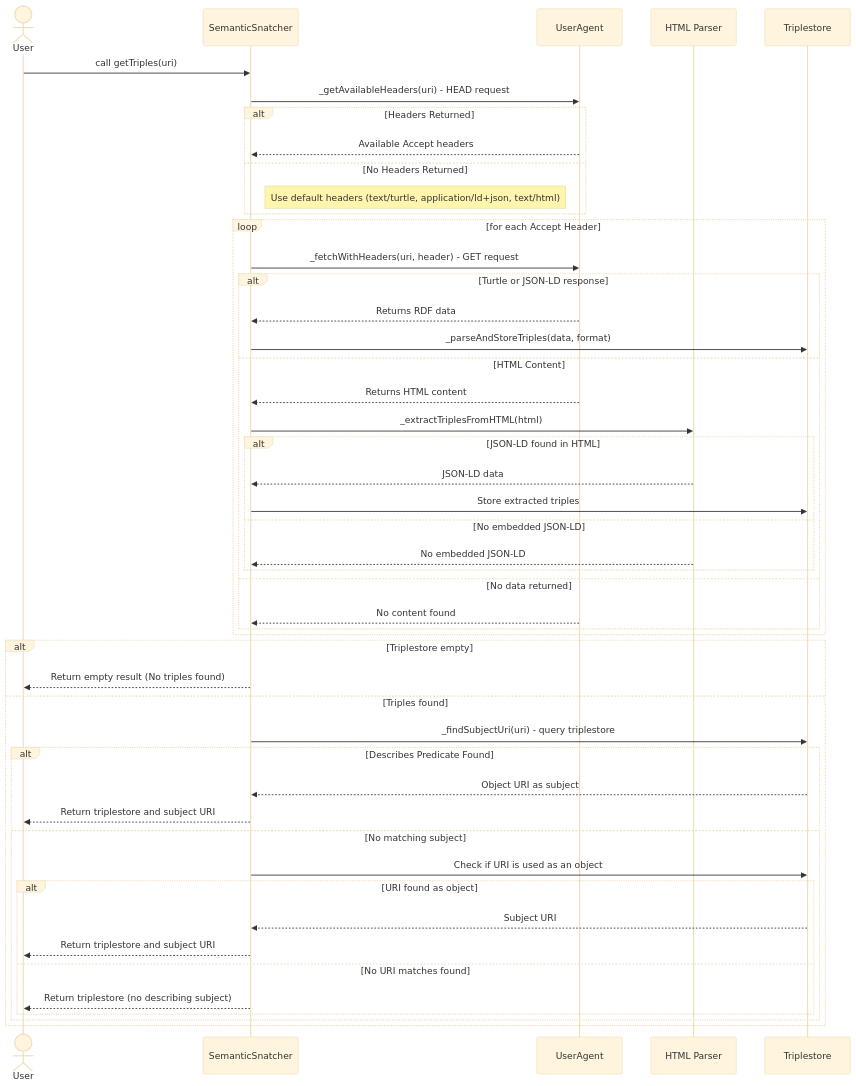
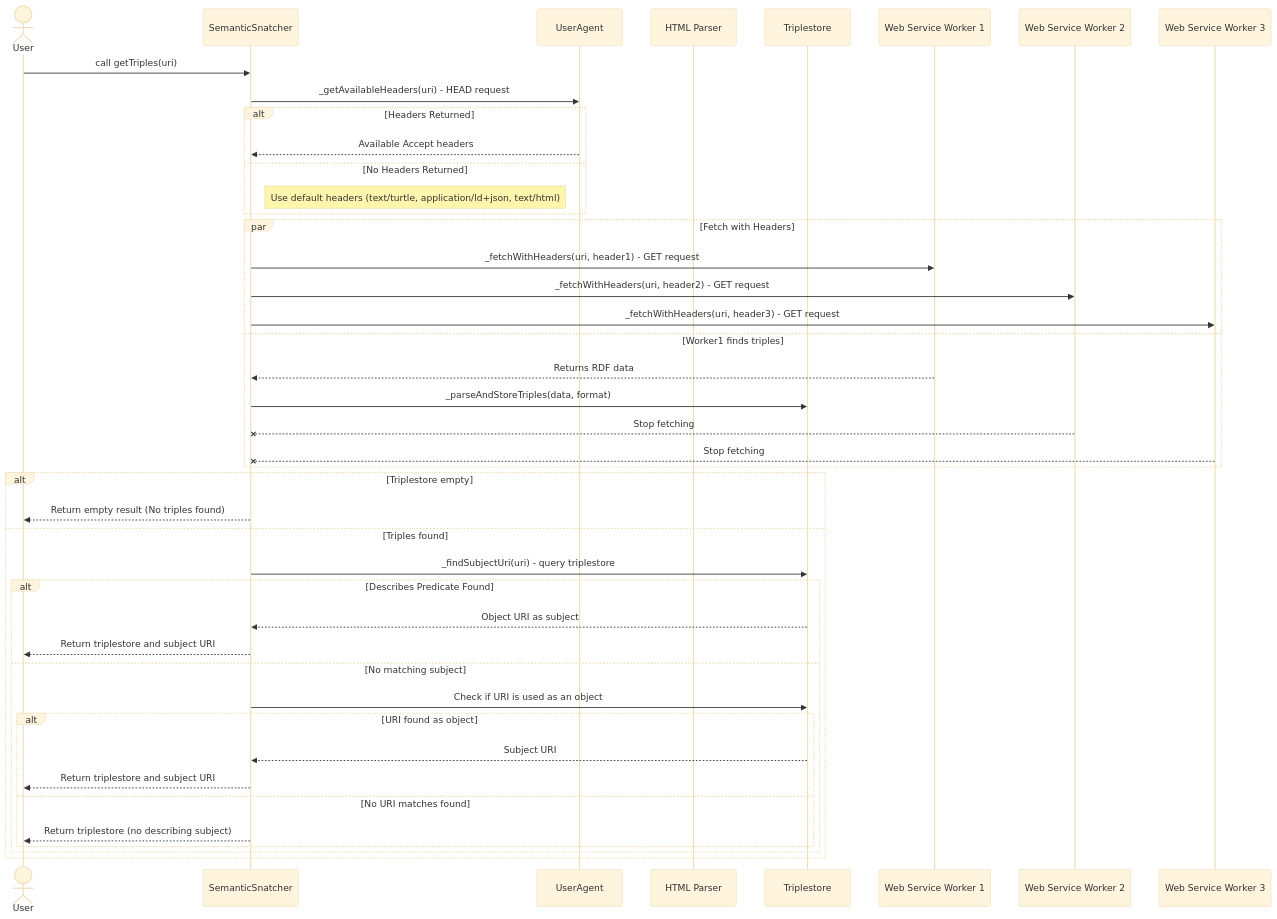
Before and after one commit to cedricdcc/semantic-snatcher: the second of 3 diagrams in README.md, drawn with Mermaid (base theme). The commit also changed other lines of this file, not shown here.

````diff
--- a/README.md
+++ b/README.md
@@ -110,54 +110,49 @@
 ```mermaid
 sequenceDiagram
     actor User
     participant SemanticSnatcher
     participant UserAgent
     participant HTMLParser as HTML Parser
     participant Triplestore
+    participant Worker1 as Web Service Worker 1
+    participant Worker2 as Web Service Worker 2
+    participant Worker3 as Web Service Worker 3
 
     User->>SemanticSnatcher: call getTriples(uri)
 
     SemanticSnatcher->>UserAgent: _getAvailableHeaders(uri) - HEAD request
     alt Headers Returned
         UserAgent-->>SemanticSnatcher: Available Accept headers
     else No Headers Returned
         Note right of SemanticSnatcher: Use default headers (text/turtle, application/ld+json, text/html)
     end
 
-    loop for each Accept Header
-        SemanticSnatcher->>UserAgent: _fetchWithHeaders(uri, header) - GET request
-        alt Turtle or JSON-LD response
-            UserAgent-->>SemanticSnatcher: Returns RDF data
-            SemanticSnatcher->>Triplestore: _parseAndStoreTriples(data, format)
-        else HTML Content
-            UserAgent-->>SemanticSnatcher: Returns HTML content
-            SemanticSnatcher->>HTMLParser: _extractTriplesFromHTML(html)
-            alt JSON-LD found in HTML
-                HTMLParser-->>SemanticSnatcher: JSON-LD data
-                SemanticSnatcher->>Triplestore: Store extracted triples
-            else No embedded JSON-LD
-                HTMLParser-->>SemanticSnatcher: No embedded JSON-LD
-            end
-        else No data returned
-            UserAgent-->>SemanticSnatcher: No content found
-        end
+    par Fetch with Headers
+        SemanticSnatcher->>Worker1: _fetchWithHeaders(uri, header1) - GET request
+        SemanticSnatcher->>Worker2: _fetchWithHeaders(uri, header2) - GET request
+        SemanticSnatcher->>Worker3: _fetchWithHeaders(uri, header3) - GET request
+    and Worker1 finds triples
+        Worker1-->>SemanticSnatcher: Returns RDF data
+        SemanticSnatcher->>Triplestore: _parseAndStoreTriples(data, format)
+        Worker2--xSemanticSnatcher: Stop fetching
+        Worker3--xSemanticSnatcher: Stop fetching
     end
 
     alt Triplestore empty
         SemanticSnatcher-->>User: Return empty result (No triples found)
     else Triples found
         SemanticSnatcher->>Triplestore: _findSubjectUri(uri) - query triplestore
         alt Describes Predicate Found
             Triplestore-->>SemanticSnatcher: Object URI as subject
             SemanticSnatcher-->>User: Return triplestore and subject URI
         else No matching subject
             SemanticSnatcher->>Triplestore: Check if URI is used as an object
             alt URI found as object
                 Triplestore-->>SemanticSnatcher: Subject URI
                 SemanticSnatcher-->>User: Return triplestore and subject URI
             else No URI matches found
                 SemanticSnatcher-->>User: Return triplestore (no describing subject)
             end
         end
     end
 ```
````
